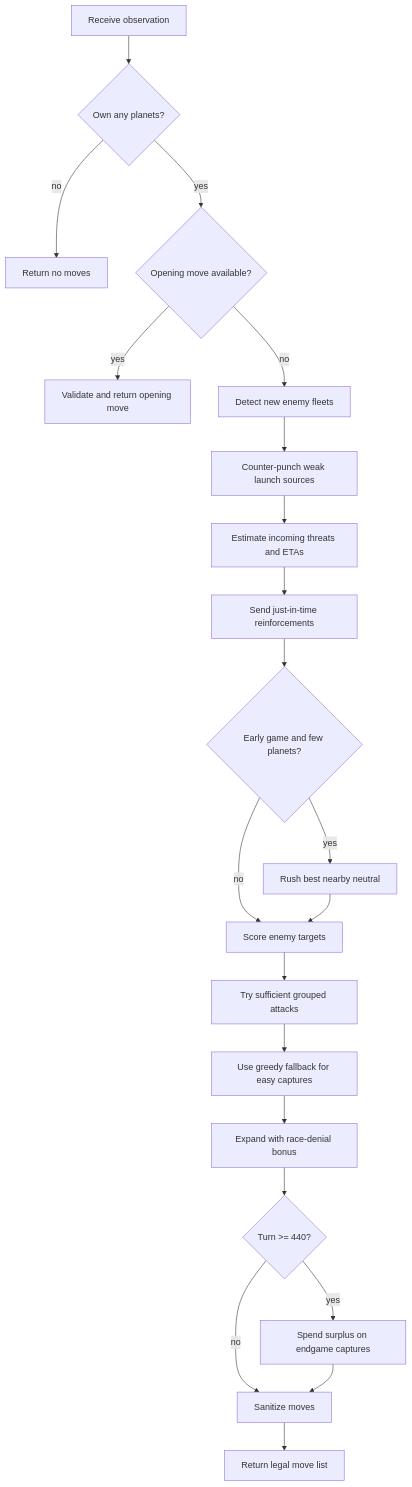
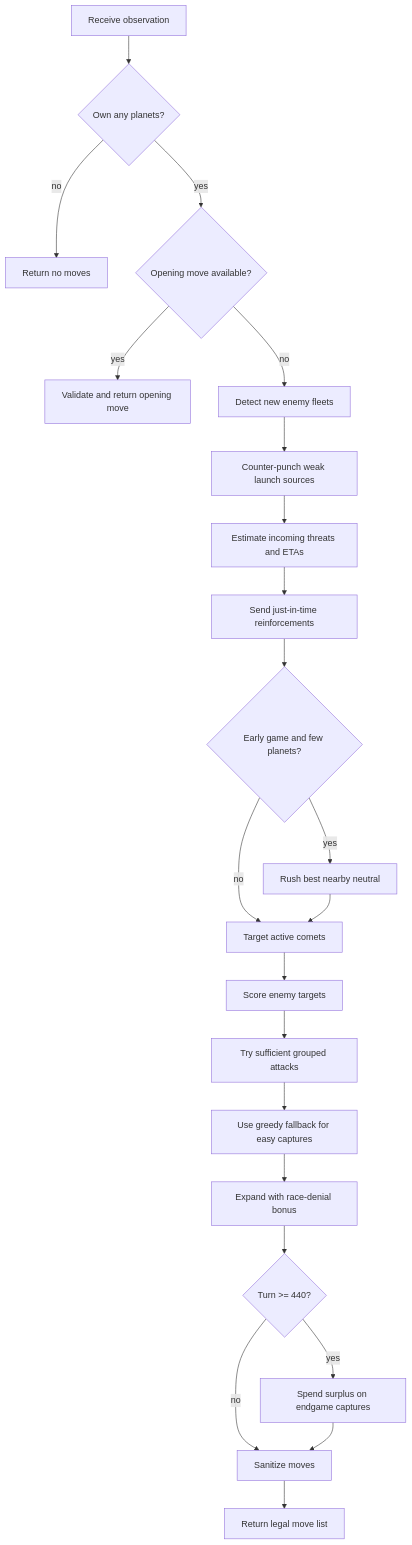
One commit to VampFay/ORACLE-Orbit-Wars-Kaggle_Hackathon changed the second of 2 diagrams in oracle-orbit-wars/README.md. Above: the diagram before and after it, drawn with Mermaid. The commit also changed other lines of this file and 4 other files, not shown here.

````diff
--- a/oracle-orbit-wars/README.md
+++ b/oracle-orbit-wars/README.md
@@ -47,23 +54,24 @@
 ```mermaid
 flowchart TD
     A[Receive observation] --> B{Own any planets?}
     B -->|no| Z[Return no moves]
     B -->|yes| C{Opening move available?}
     C -->|yes| Y[Validate and return opening move]
     C -->|no| D[Detect new enemy fleets]
     D --> E[Counter-punch weak launch sources]
     E --> F[Estimate incoming threats and ETAs]
     F --> G[Send just-in-time reinforcements]
     G --> H{Early game and few planets?}
     H -->|yes| I[Rush best nearby neutral]
-    H -->|no| J[Score enemy targets]
-    I --> J
+    H -->|no| R[Target active comets]
+    I --> R
+    R --> J[Score enemy targets]
     J --> K[Try sufficient grouped attacks]
     K --> L[Use greedy fallback for easy captures]
     L --> M[Expand with race-denial bonus]
     M --> N{Turn >= 440?}
     N -->|yes| O[Spend surplus on endgame captures]
     N -->|no| P[Sanitize moves]
     O --> P
     P --> Q[Return legal move list]
 ```
````
